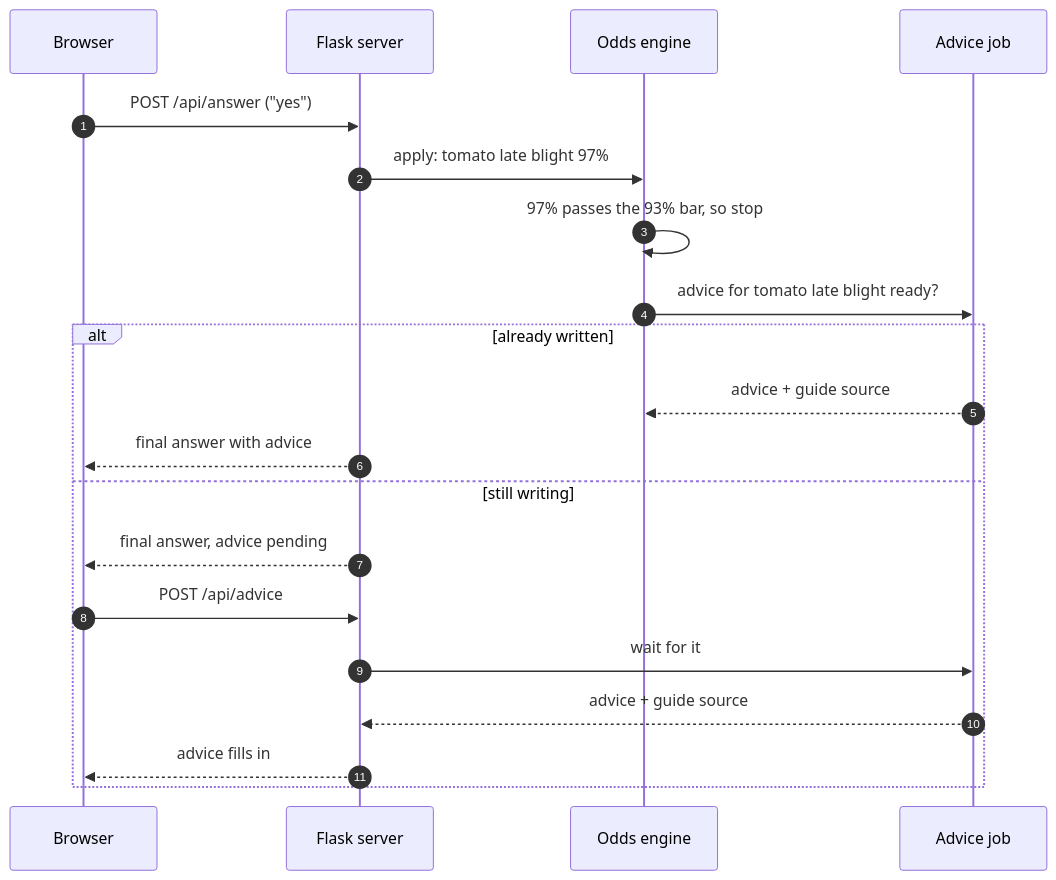
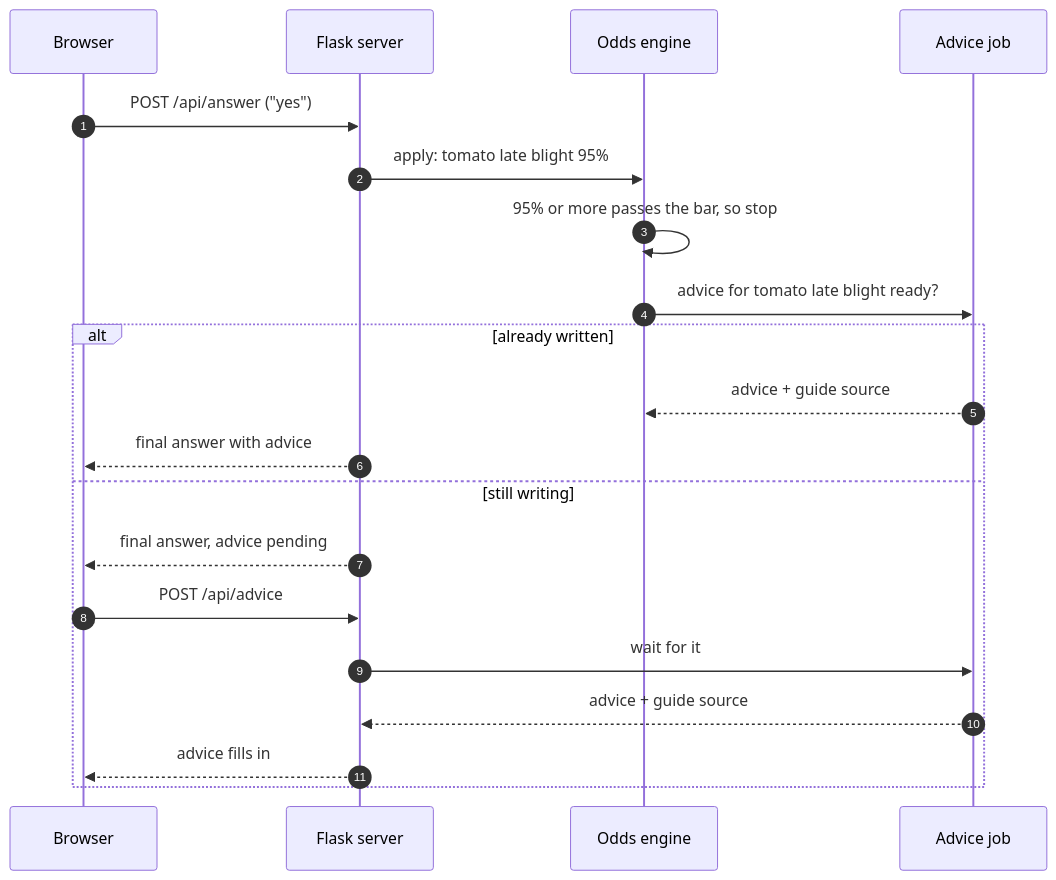
Before and after one commit to aakashksen/sprout: the third of 5 diagrams in docs/architecture/check-lifecycle.md, drawn with Mermaid. The commit also changed other lines of this file and 10 other files, not shown here.

Commit message:
Describe the follow-up question engine (E18) in the README, site and architecture pages; fix test count and split wording

````diff
--- a/docs/architecture/check-lifecycle.md
+++ b/docs/architecture/check-lifecycle.md
@@ -60,23 +56,23 @@
 ```mermaid
 sequenceDiagram
     autonumber
     participant B as Browser
     participant S as Flask server
     participant E as Odds engine
     participant A as Advice job
 
     B->>S: POST /api/answer ("yes")
-    S->>E: apply: tomato late blight 97%
-    E->>E: 97% passes the 93% bar, so stop
+    S->>E: apply: tomato late blight 95%
+    E->>E: 95% or more passes the bar, so stop
     E->>A: advice for tomato late blight ready?
     alt already written
         A-->>E: advice + guide source
         S-->>B: final answer with advice
     else still writing
         S-->>B: final answer, advice pending
         B->>S: POST /api/advice
         S->>A: wait for it
         A-->>S: advice + guide source
         S-->>B: advice fills in
     end
 ```
````
